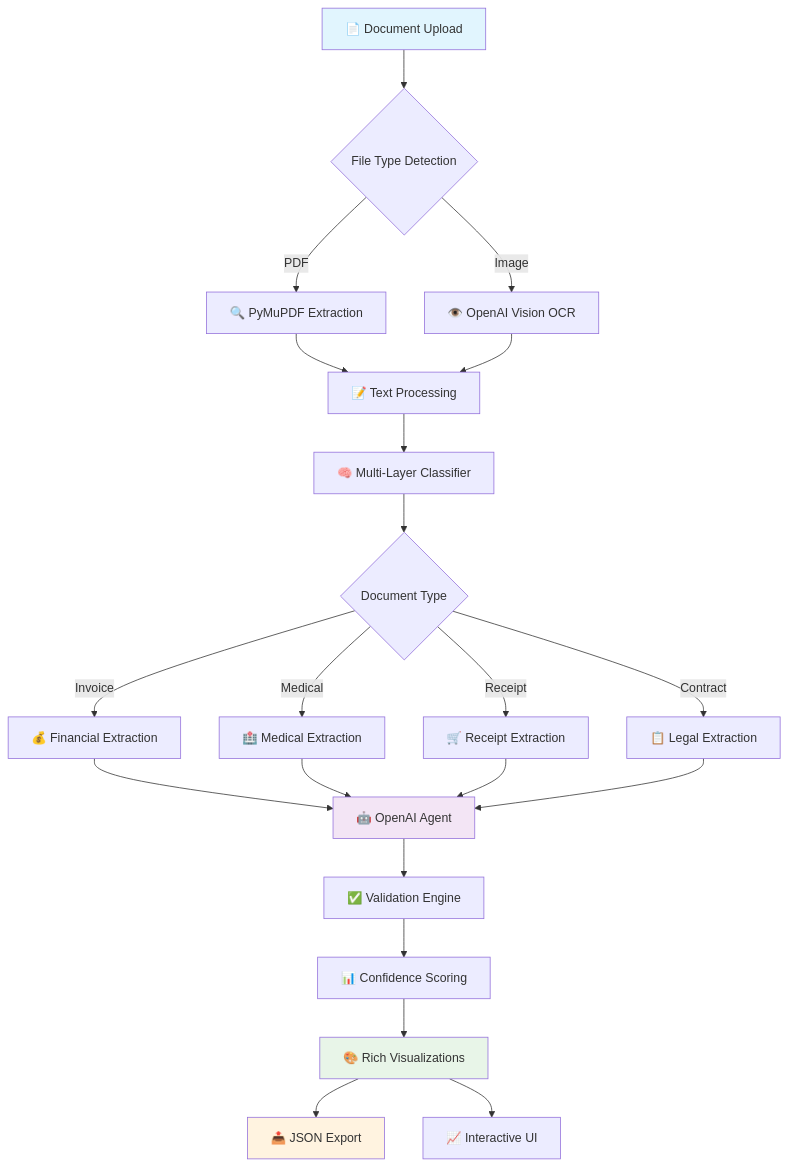
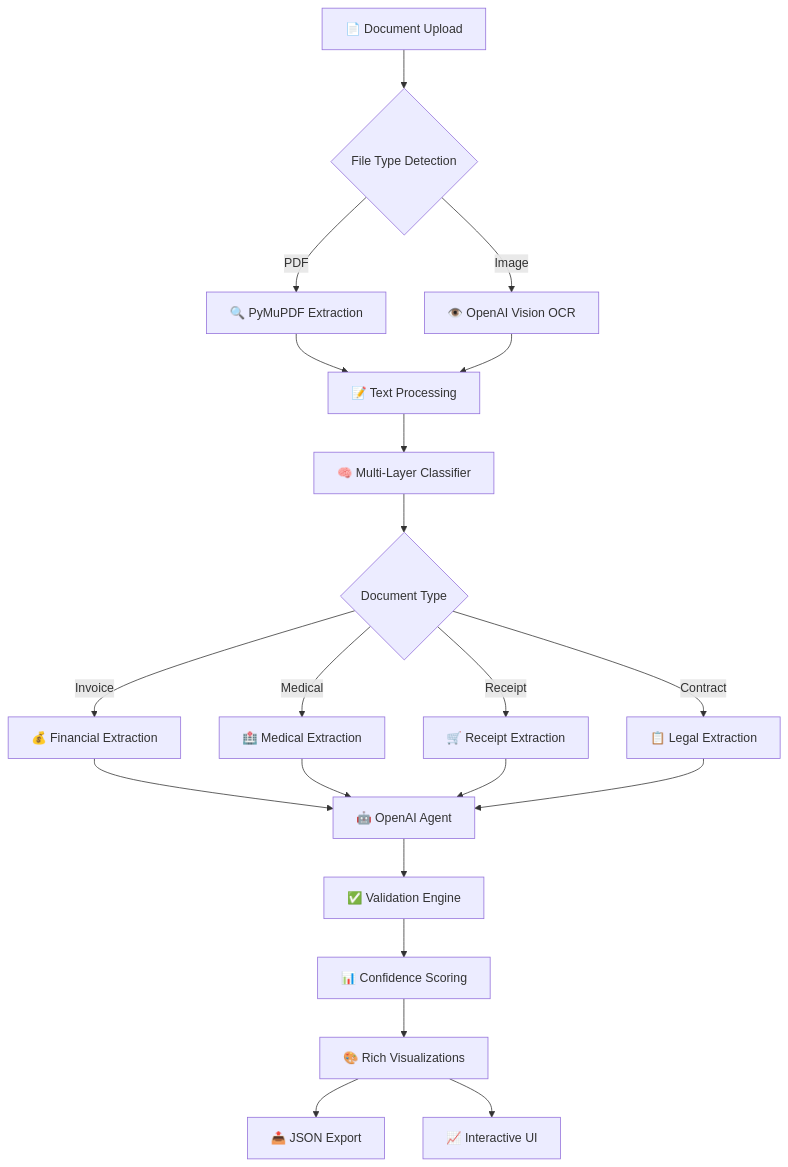
One commit to SriHarshitha88/docu_scan changed the diagram in README.md. Above: the diagram before and after it, drawn with Mermaid.

````diff
--- a/README.md
+++ b/README.md
@@ -34,34 +34,30 @@
 ```mermaid
 graph TB
     A[📄 Document Upload] --> B{File Type Detection}
     B -->|PDF| C[🔍 PyMuPDF Extraction]
     B -->|Image| D[👁️ OpenAI Vision OCR]
     
     C --> E[📝 Text Processing]
     D --> E
     
     E --> F[🧠 Multi-Layer Classifier]
     F --> G{Document Type}
     
     G -->|Invoice| H[💰 Financial Extraction]
     G -->|Medical| I[🏥 Medical Extraction]
     G -->|Receipt| J[🛒 Receipt Extraction]
     G -->|Contract| K[📋 Legal Extraction]
     
     H --> L[🤖 OpenAI Agent]
     I --> L
     J --> L
     K --> L
     
     L --> M[✅ Validation Engine]
     M --> N[📊 Confidence Scoring]
     N --> O[🎨 Rich Visualizations]
     
     O --> P[📤 JSON Export]
     O --> Q[📈 Interactive UI]
-    
-    style A fill:#e1f5fe
-    style L fill:#f3e5f5
-    style O fill:#e8f5e8
-    style P fill:#fff3e0
+
 ```
````
